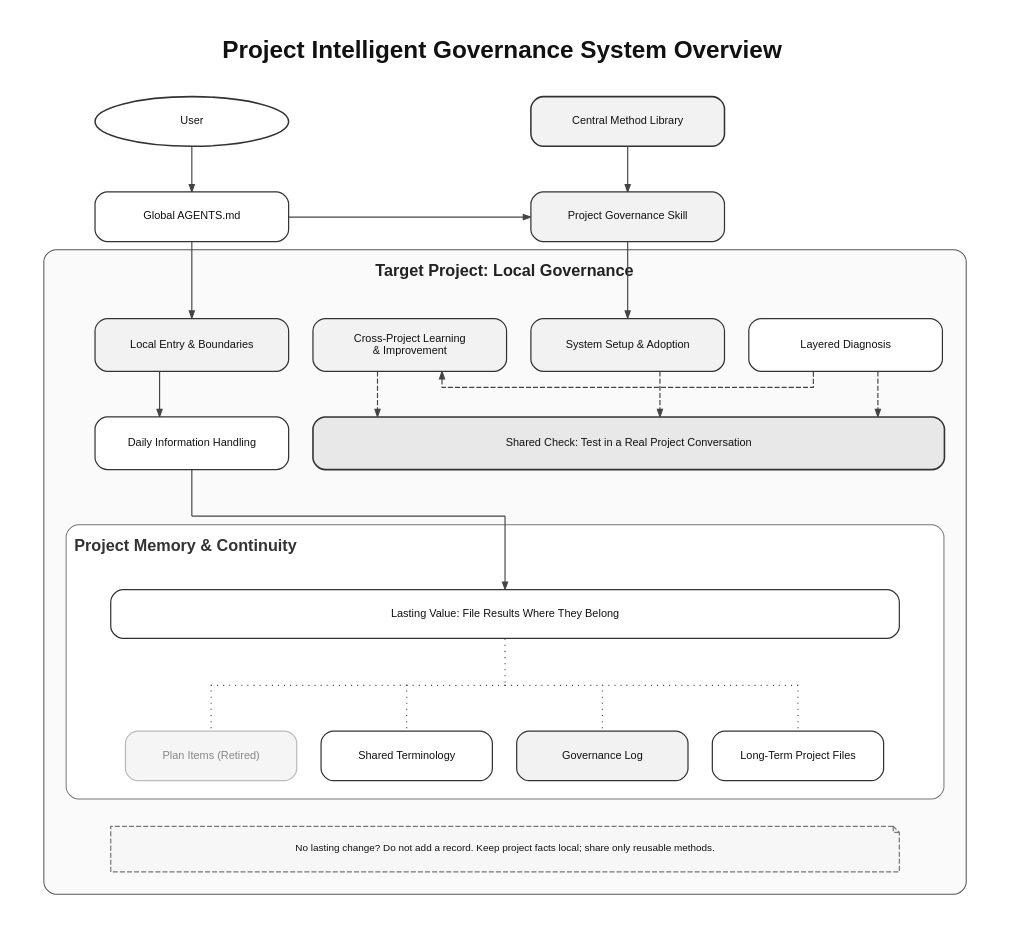
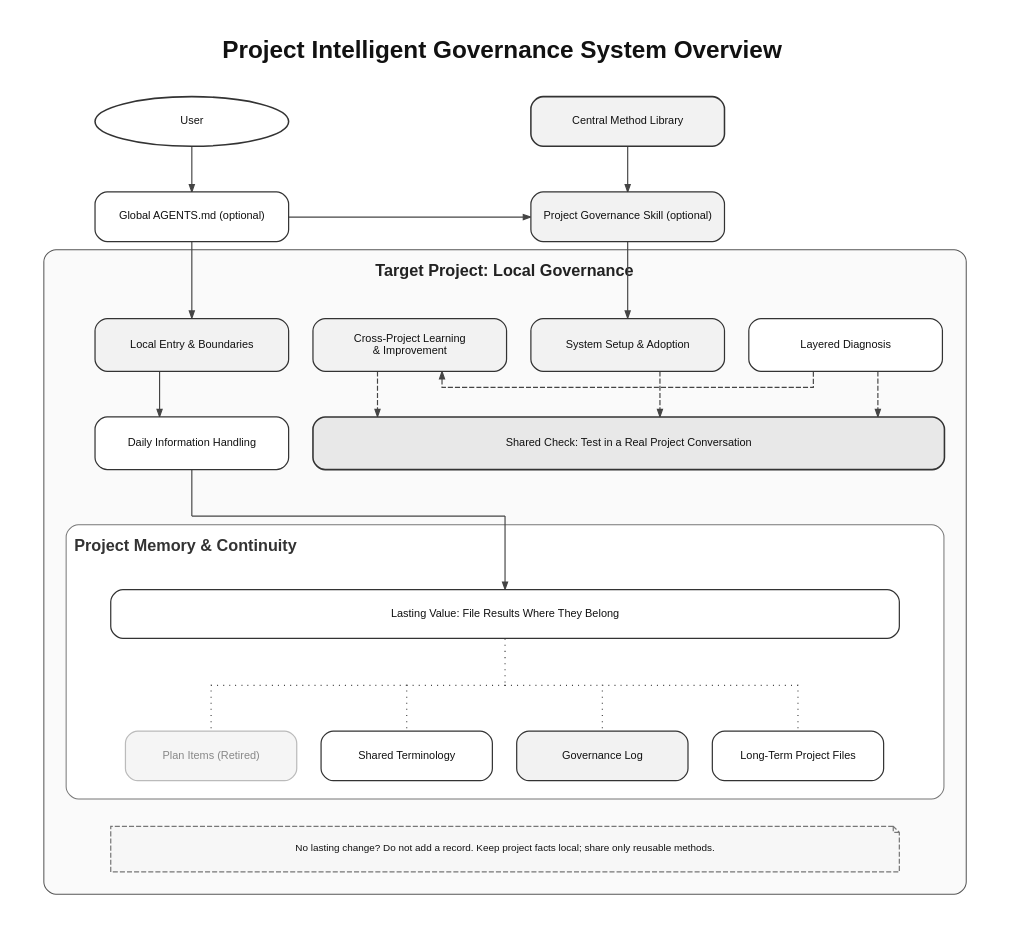
Before and after one commit to Richie521/intelligent-project-governance-system: the diagram in docs/diagrams/system-architecture-en.dot, drawn with Graphviz. The commit also changed 25 other files, not shown here.

```diff
--- a/docs/diagrams/system-architecture-en.dot
+++ b/docs/diagrams/system-architecture-en.dot
@@ -63,7 +63,7 @@
     audit_size_group="top_peer"
   ];
   global [
-    label="Global AGENTS.md",
+    label="Global AGENTS.md (optional)",
     group=entry_col,
     width=2.65,
     height=0.68,
@@ -74,7 +74,7 @@
     audit_size_group="routing_peer"
   ];
   skill [
-    label="Project Governance Skill",
+    label="Project Governance Skill (optional)",
     group=landing_col,
     width=2.65,
     height=0.68,
```
